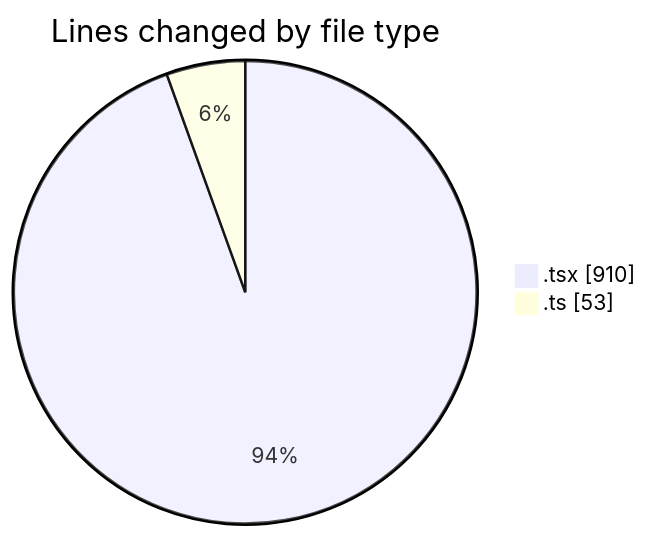
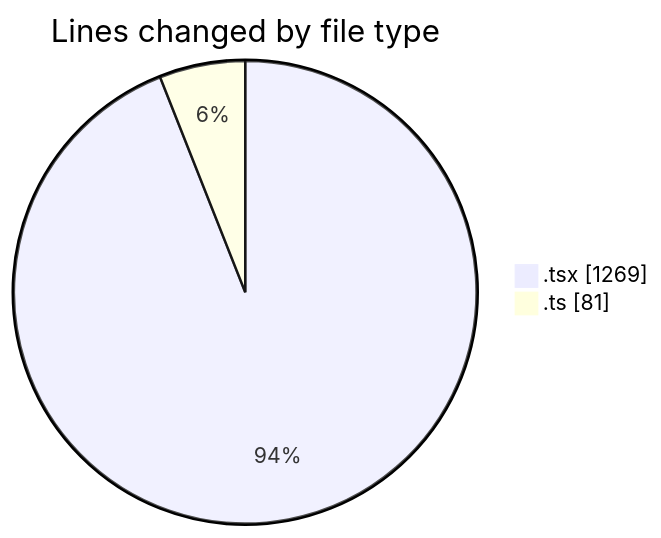
One commit to momahboobian/code-tracking changed the first of 2 diagrams in 2026-04-27/cda/README.md. Above: the diagram before and after it, drawn with Mermaid. The commit also changed other lines of this file and 1 other file, not shown here.

````diff
--- a/2026-04-27/cda/README.md
+++ b/2026-04-27/cda/README.md
@@ -25,6 +28,6 @@
 ```mermaid
 pie showData
 title Lines changed by file type
-".tsx" : 910
-".ts" : 53
+".tsx" : 1269
+".ts" : 81
 ```
````
